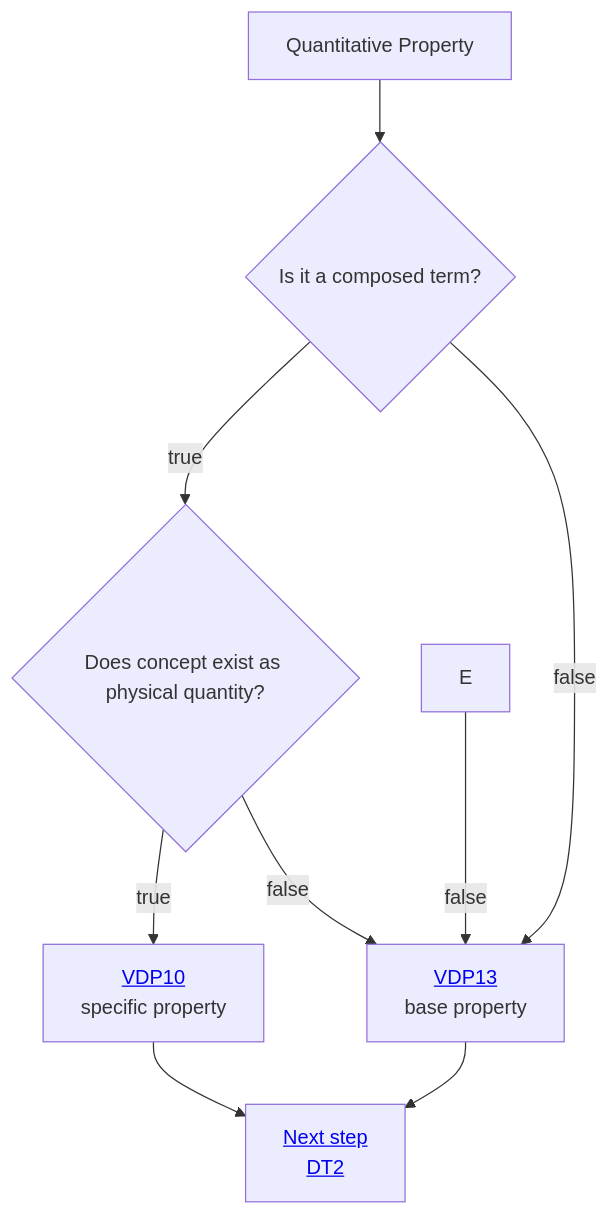
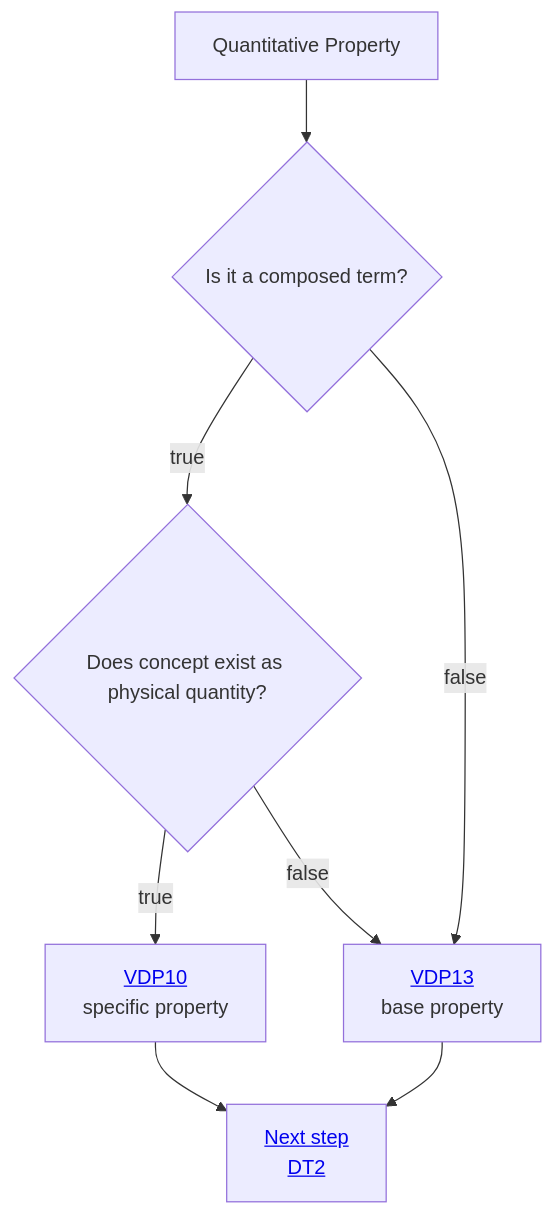
One commit to mabablue/I-ADOPT-patterns-playground changed the diagram in Decisition_trees/DT1.mmd. Above: the diagram before and after it, drawn with Mermaid.

Commit message:
Fix flowchart links and remove unused node E

```diff
--- a/Decisition_trees/DT1.mmd
+++ b/Decisition_trees/DT1.mmd
@@ -1,9 +1,8 @@
 flowchart TD
     A[Quantitative Property] --> B{Is it a composed term?}
     B --> |true|F{Does concept exist as physical quantity?}
     B --> |false|D[<a href='https://github.com/mabablue/I-ADOPT-patterns-playground/blob/main/pattern/VDP13.yaml'>VDP13</a> <br> base property]
-    E --> |false|D
     F --> |true|H[<a href='https://github.com/mabablue/I-ADOPT-patterns-playground/blob/main/pattern/VDP10.yaml'>VDP10</a> <br> specific property]
     F --> |false|D
     H --> I[<a href='https://github.com/mabablue/I-ADOPT-patterns-playground/blob/main/Decisition_trees/DT2.mmd'>Next step <br> DT2</a>] 
     D --> I
```
